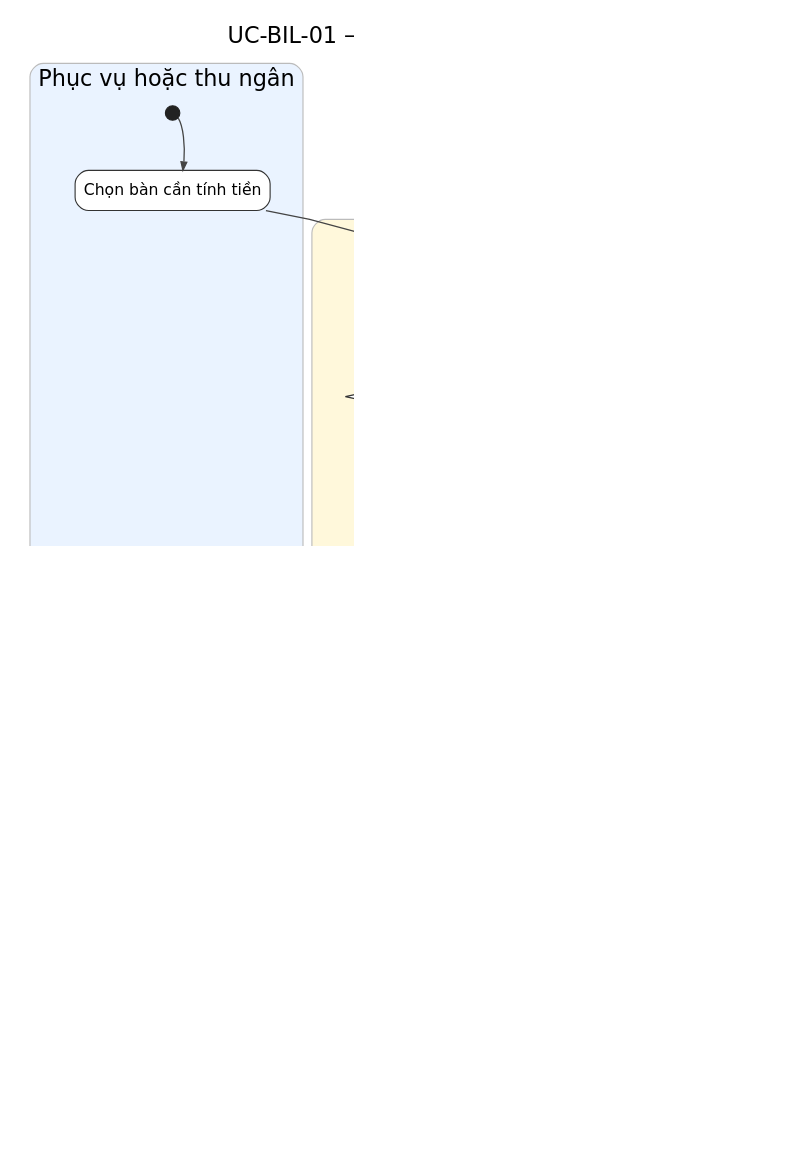
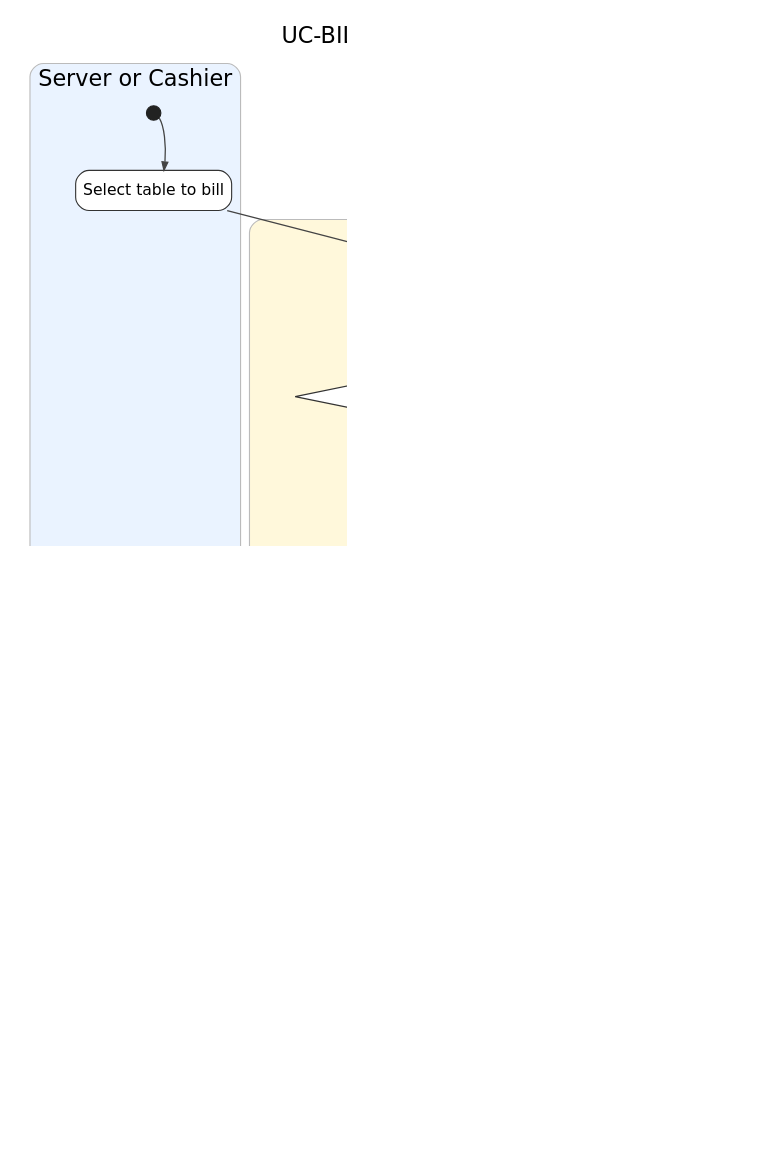
One commit to lehoangluan1/SA_IRMS changed the diagram in assets/diagrams/source/activity/uc-bil-01-create-bill.dot. Above: the diagram before and after it, drawn with Graphviz. The commit also changed 159 other files, not shown here.

Commit message:
fix sections to service based and change diagram in english and report in vietnamese

```diff
--- a/assets/diagrams/source/activity/uc-bil-01-create-bill.dot
+++ b/assets/diagrams/source/activity/uc-bil-01-create-bill.dot
@@ -1,48 +1,48 @@
 digraph G {
   graph [rankdir=TB, newrank=true, splines=polyline, nodesep=0.38, ranksep=0.62, pad=0.25, dpi=170, bgcolor="white", fontname="DejaVu Sans"];
   node [fontname="DejaVu Sans"];
   edge [fontname="DejaVu Sans", fontsize=10, color="#444444", penwidth=1.15, arrowsize=0.75];
-  labelloc="t"; labeljust="c"; fontsize=20; fontname="DejaVu Sans"; label="UC-BIL-01 — Tạo hóa đơn cho bàn";
+  labelloc="t"; labeljust="c"; fontsize=20; fontname="DejaVu Sans"; label="UC-BIL-01 -- Create Bill";
 
   subgraph cluster_l1 {
     style="rounded,filled";
     fillcolor="#EAF3FF"; color="#BBBBBB";
-    label="Phục vụ hoặc thu ngân";
+    label="Server or Cashier";
     n0 [shape=circle, label="", width=0.18, height=0.18, fixedsize=true, style=filled, fillcolor="#222222", color="#222222"];
-    n1 [label="Chọn bàn cần tính tiền", shape=rect, style="rounded,filled", fillcolor="white", color="#333333"];
-    n6 [label="Xem trước hóa đơn", shape=rect, style="rounded,filled", fillcolor="white", color="#333333"];
-    n7 [label="Xác nhận phát hành hóa đơn", shape=rect, style="rounded,filled", fillcolor="white", color="#333333"];
+    n1 [label="Select table to bill", shape=rect, style="rounded,filled", fillcolor="white", color="#333333"];
+    n6 [label="Preview bill", shape=rect, style="rounded,filled", fillcolor="white", color="#333333"];
+    n7 [label="Confirm issue bill", shape=rect, style="rounded,filled", fillcolor="white", color="#333333"];
     n0 -> n1 -> n6 -> n7 [style=invis, weight=20];
   }
 
   subgraph cluster_l2 {
     style="rounded,filled";
     fillcolor="#FFF8DB"; color="#BBBBBB";
-    label="Hệ thống IRMS";
-    n2 [label="Gom các đơn gọi món chưa quyết toán\ntrong phiên bàn", shape=rect, style="rounded,filled", fillcolor="white", color="#333333"];
-    n3 [label="Có dữ liệu đủ điều kiện\nxuất hóa đơn?", shape=diamond, style="filled", fillcolor="white", color="#333333"];
-    n4 [label="Kiểm tra thay đổi chưa đồng bộ,\ndòng món vừa hủy hoặc sửa", shape=rect, style="rounded,filled", fillcolor="white", color="#333333"];
-    n5 [label="Tính tiền hàng, thuế,\nphí và khuyến mãi", shape=rect, style="rounded,filled", fillcolor="white", color="#333333"];
-    n8 [label="Cấu hình thuế và phí hợp lệ?", shape=diamond, style="filled", fillcolor="white", color="#333333"];
-    n9 [label="Tạo Bill và phần thanh toán\nmặc định ban đầu", shape=rect, style="rounded,filled", fillcolor="white", color="#333333"];
-    n10 [label="Cập nhật phiên bàn sang trạng thái\nchờ thanh toán", shape=rect, style="rounded,filled", fillcolor="white", color="#333333"];
-    n11 [label="Chặn phát hành và yêu cầu\nlàm mới dữ liệu", shape=rect, style="rounded,filled", fillcolor="white", color="#333333"];
+    label="IRMS";
+    n2 [label="Collect unsettled orders\nfor the table session", shape=rect, style="rounded,filled", fillcolor="white", color="#333333"];
+    n3 [label="Eligible data available to\nissue a bill?", shape=diamond, style="filled", fillcolor="white", color="#333333"];
+    n4 [label="Check unsynchronized changes,\nrecently edited or canceled items", shape=rect, style="rounded,filled", fillcolor="white", color="#333333"];
+    n5 [label="Calculate subtotal, tax,\nfees, and promotions", shape=rect, style="rounded,filled", fillcolor="white", color="#333333"];
+    n8 [label="Tax and fee configuration valid?", shape=diamond, style="filled", fillcolor="white", color="#333333"];
+    n9 [label="Issue bill and create default\npayment split", shape=rect, style="rounded,filled", fillcolor="white", color="#333333"];
+    n10 [label="Publish BillIssued and mark\ntable session awaiting settlement", shape=rect, style="rounded,filled", fillcolor="white", color="#333333"];
+    n11 [label="Block bill issue and request\ndata refresh", shape=rect, style="rounded,filled", fillcolor="white", color="#333333"];
     n12 [shape=doublecircle, label="", width=0.24, height=0.24, fixedsize=true, style=filled, fillcolor="#222222", color="#222222"];
     n2 -> n3 -> n4 -> n5 -> n8 -> n9 -> n10 -> n11 -> n12 [style=invis, weight=20];
   }
 
   n0 -> n1;
   n1 -> n2;
   n2 -> n3;
-  n3 -> n4 [xlabel="Có"];
-  n3 -> n11 [xlabel="Không"];
+  n3 -> n4 [xlabel="Yes"];
+  n3 -> n11 [xlabel="No"];
   n4 -> n5;
   n5 -> n6;
   n6 -> n7;
   n7 -> n8;
-  n8 -> n9 [xlabel="Có"];
-  n8 -> n11 [xlabel="Không"];
+  n8 -> n9 [xlabel="Yes"];
+  n8 -> n11 [xlabel="No"];
   n9 -> n10;
   n10 -> n12;
   n11 -> n12;
 }
```
